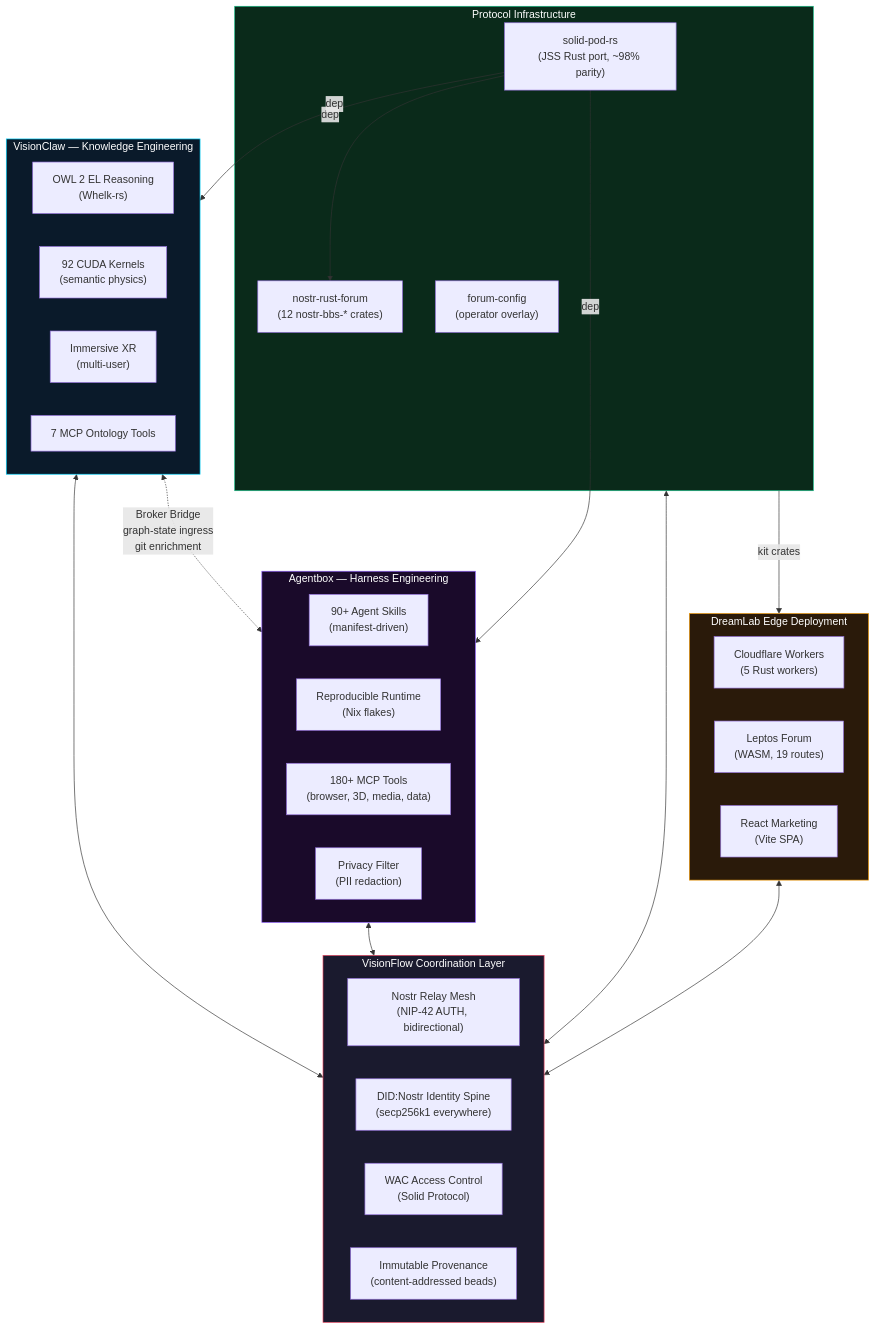
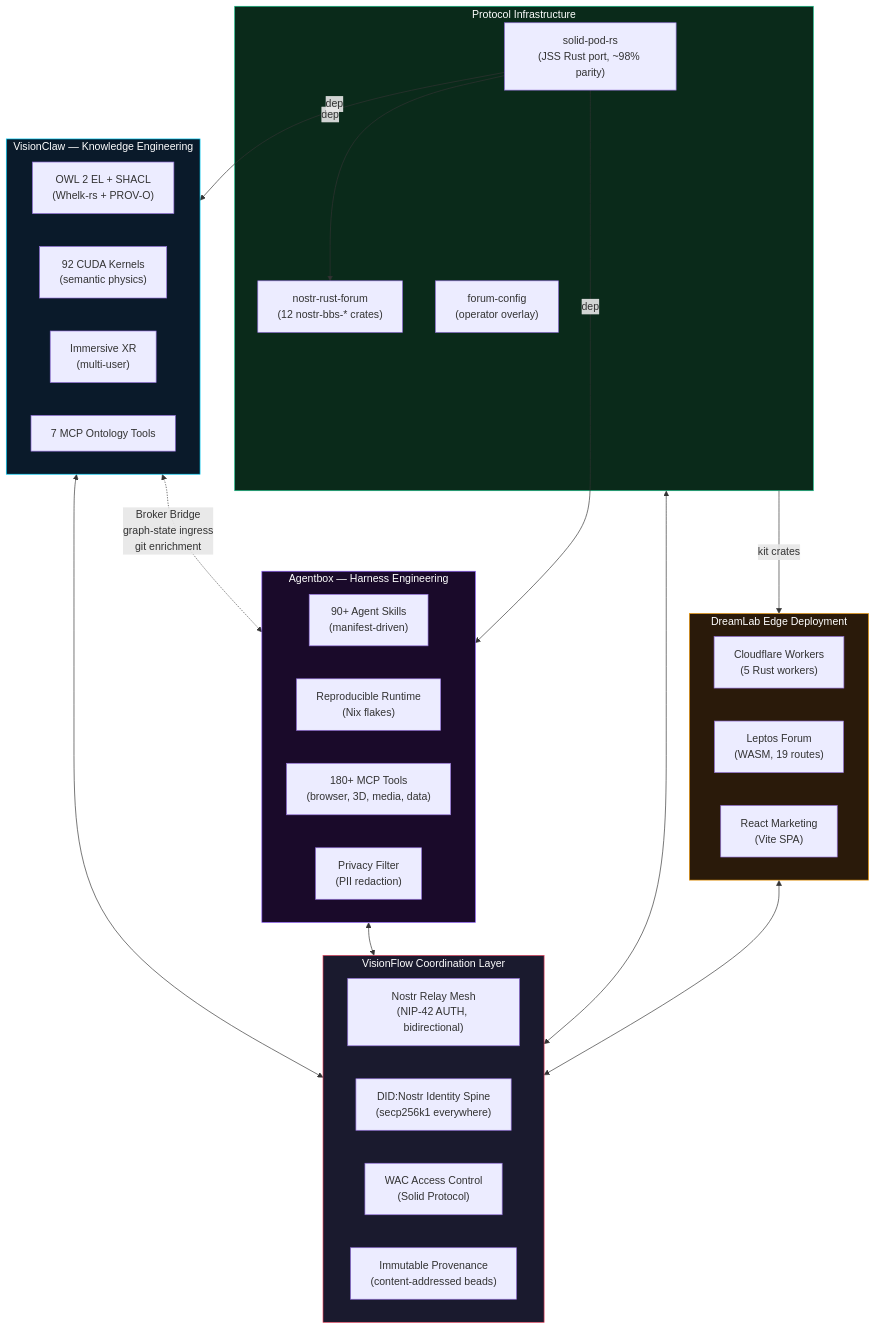
One commit to DreamLab-AI/VisionFlow changed the second of 10 diagrams in README.md. Above: the diagram before and after it, drawn with Mermaid. The commit also changed other lines of this file and 3 other files, not shown here.

First line of the commit message:
docs: add SHACL validation and PROV-O provenance to VisionClaw descriptions

````diff
--- a/README.md
+++ b/README.md
@@ -116,53 +116,53 @@
 ```mermaid
 flowchart TB
     subgraph VF["VisionFlow Coordination Layer"]
         direction LR
         MESH["Nostr Relay Mesh\n(NIP-42 AUTH, bidirectional)"]
         DID["DID:Nostr Identity Spine\n(secp256k1 everywhere)"]
         WAC["WAC Access Control\n(Solid Protocol)"]
         PROV["Immutable Provenance\n(content-addressed beads)"]
     end
 
     subgraph VC["VisionClaw — Knowledge Engineering"]
-        OWL["OWL 2 EL Reasoning\n(Whelk-rs)"]
+        OWL["OWL 2 EL + SHACL\n(Whelk-rs + PROV-O)"]
         GPU["92 CUDA Kernels\n(semantic physics)"]
         XR["Immersive XR\n(multi-user)"]
         MCP_VC["7 MCP Ontology Tools"]
     end
 
     subgraph AB["Agentbox — Harness Engineering"]
         AGENTS["90+ Agent Skills\n(manifest-driven)"]
         NIX["Reproducible Runtime\n(Nix flakes)"]
         TOOLS["180+ MCP Tools\n(browser, 3D, media, data)"]
         PRIV["Privacy Filter\n(PII redaction)"]
     end
 
     subgraph PROTO["Protocol Infrastructure"]
         SPR["solid-pod-rs\n(JSS Rust port, ~98% parity)"]
         NRF["nostr-rust-forum\n(12 nostr-bbs-* crates)"]
         FC["forum-config\n(operator overlay)"]
     end
 
     subgraph EDGE["DreamLab Edge Deployment"]
         CF["Cloudflare Workers\n(5 Rust workers)"]
         FORUM["Leptos Forum\n(WASM, 19 routes)"]
         SITE["React Marketing\n(Vite SPA)"]
     end
 
     VC <--> VF
     AB <--> VF
     PROTO <--> VF
     EDGE <--> VF
 
     VC <-.->|"Broker Bridge\ngraph-state ingress\ngit enrichment"| AB
     PROTO -->|"kit crates"| EDGE
     SPR -->|"dep"| NRF
     SPR -->|"dep"| AB
     SPR -->|"dep"| VC
 
     style VF fill:#1a1a2e,stroke:#e94560,color:#fff
     style VC fill:#0a1a2a,stroke:#00d4ff,color:#fff
     style AB fill:#1a0a2a,stroke:#8b5cf6,color:#fff
     style PROTO fill:#0a2a1a,stroke:#10b981,color:#fff
     style EDGE fill:#2a1a0a,stroke:#f59e0b,color:#fff
 ```
````
